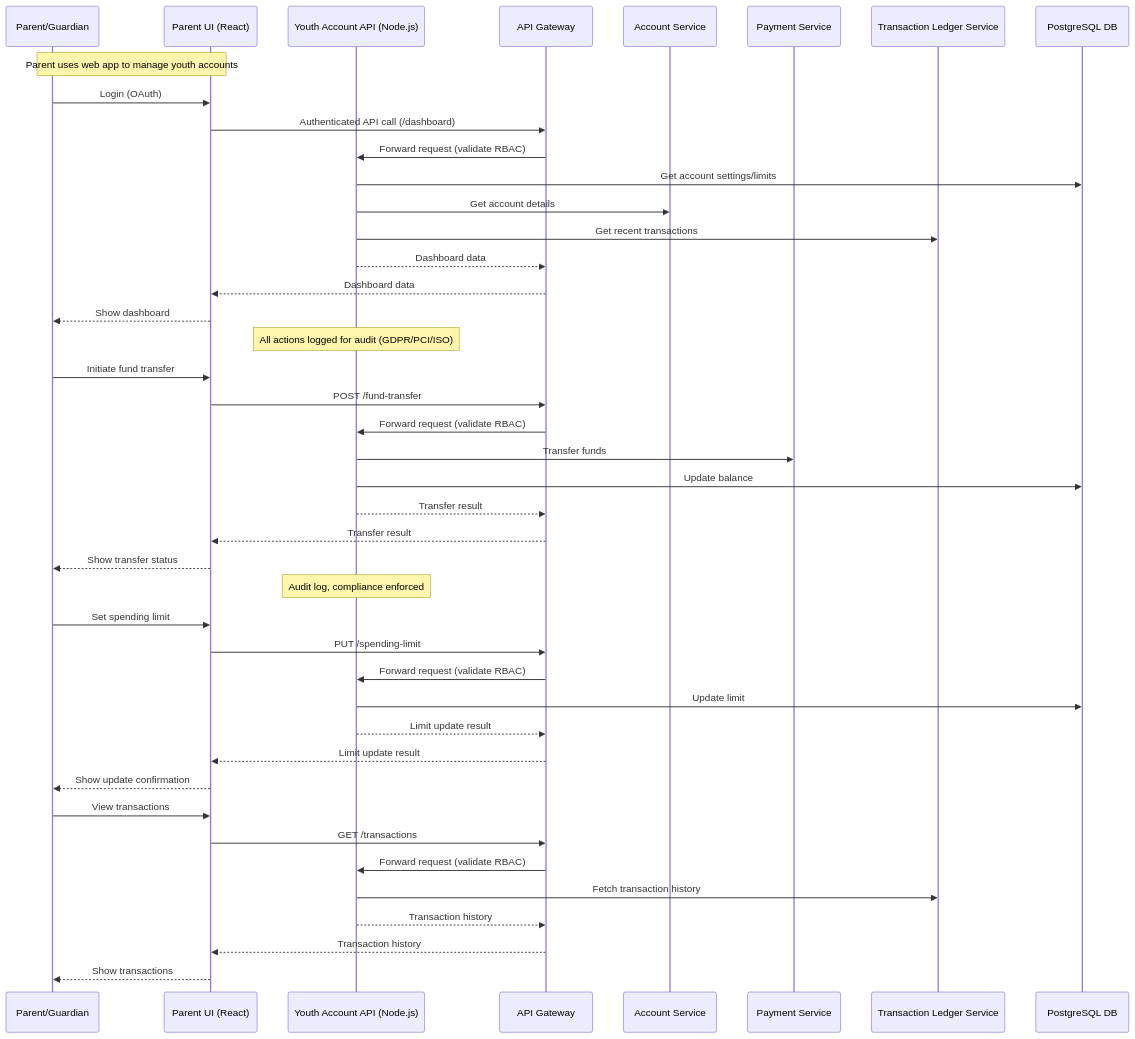
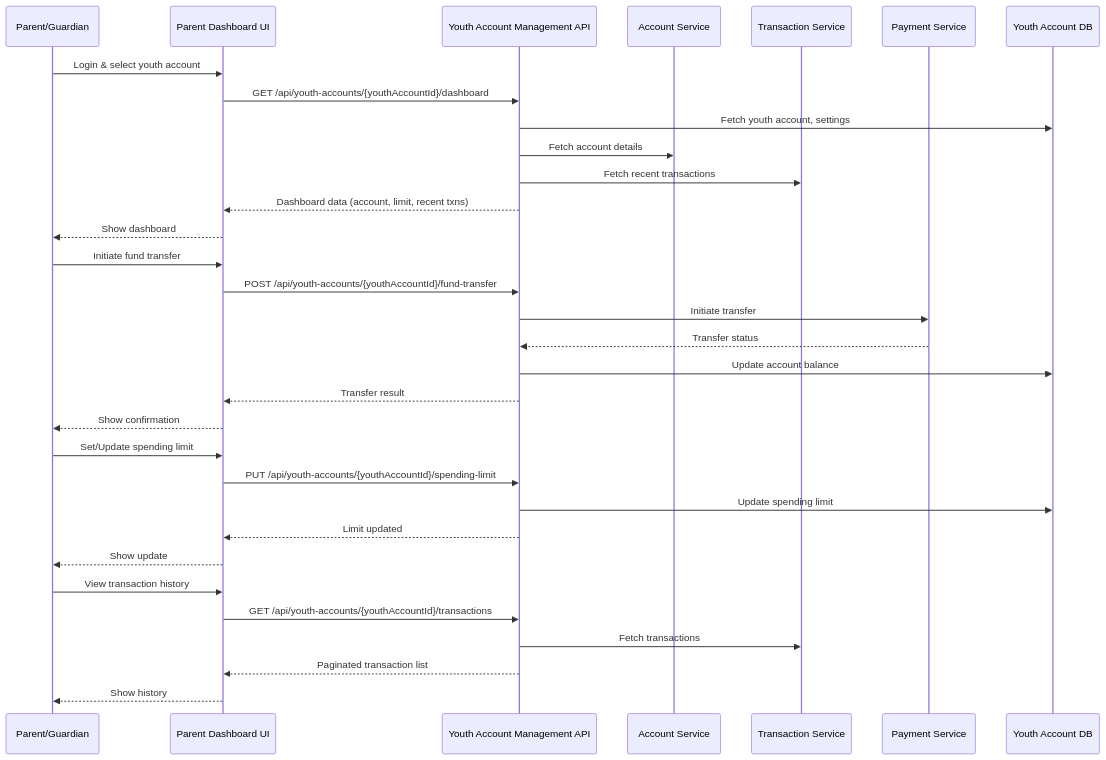
Before and after one commit to Ascend-Krithi/SCIB-Inception: the diagram in Components and Sequence Diagrams/sequence_diagram.mmd, drawn with Mermaid. The commit also changed 1 other file, not shown here.

```diff
--- a/Components and Sequence Diagrams/sequence_diagram.mmd
+++ b/Components and Sequence Diagrams/sequence_diagram.mmd
@@ -1,48 +1,41 @@
-%% Sequence Diagram: Youth Account Management - API Flows
+%% Sequence Diagram for Youth Account Management (Mermaid)
 sequenceDiagram
-  participant Parent as Parent/Guardian
-  participant UI as Parent UI (React)
-  participant API as Youth Account API (Node.js)
-  participant GW as API Gateway
-  participant ACC as Account Service
-  participant PAY as Payment Service
-  participant LEDGER as Transaction Ledger Service
-  participant DB as PostgreSQL DB
-  Note over Parent,UI: Parent uses web app to manage youth accounts
-
-  Parent->>UI: Login (OAuth)
-  UI->>GW: Authenticated API call (/dashboard)
-  GW->>API: Forward request (validate RBAC)
-  API->>DB: Get account settings/limits
-  API->>ACC: Get account details
-  API->>LEDGER: Get recent transactions
-  API-->>GW: Dashboard data
-  GW-->>UI: Dashboard data
-  UI-->>Parent: Show dashboard
-  Note over API: All actions logged for audit (GDPR/PCI/ISO)
-
-  Parent->>UI: Initiate fund transfer
-  UI->>GW: POST /fund-transfer
-  GW->>API: Forward request (validate RBAC)
-  API->>PAY: Transfer funds
-  API->>DB: Update balance
-  API-->>GW: Transfer result
-  GW-->>UI: Transfer result
-  UI-->>Parent: Show transfer status
-  Note over API: Audit log, compliance enforced
-
-  Parent->>UI: Set spending limit
-  UI->>GW: PUT /spending-limit
-  GW->>API: Forward request (validate RBAC)
-  API->>DB: Update limit
-  API-->>GW: Limit update result
-  GW-->>UI: Limit update result
-  UI-->>Parent: Show update confirmation
-
-  Parent->>UI: View transactions
-  UI->>GW: GET /transactions
-  GW->>API: Forward request (validate RBAC)
-  API->>LEDGER: Fetch transaction history
-  API-->>GW: Transaction history
-  GW-->>UI: Transaction history
-  UI-->>Parent: Show transactions
+    participant Parent as Parent/Guardian
+    participant UI as Parent Dashboard UI
+    participant API as Youth Account Management API
+    participant AccountService as Account Service
+    participant TransactionService as Transaction Service
+    participant PaymentService as Payment Service
+    participant DB as Youth Account DB
+    
+    %% Dashboard View
+    Parent->>UI: Login & select youth account
+    UI->>API: GET /api/youth-accounts/{youthAccountId}/dashboard
+    API->>DB: Fetch youth account, settings
+    API->>AccountService: Fetch account details
+    API->>TransactionService: Fetch recent transactions
+    API-->>UI: Dashboard data (account, limit, recent txns)
+    UI-->>Parent: Show dashboard
+    
+    %% Fund Transfer
+    Parent->>UI: Initiate fund transfer
+    UI->>API: POST /api/youth-accounts/{youthAccountId}/fund-transfer
+    API->>PaymentService: Initiate transfer
+    PaymentService-->>API: Transfer status
+    API->>DB: Update account balance
+    API-->>UI: Transfer result
+    UI-->>Parent: Show confirmation
+    
+    %% Spending Limit Configuration
+    Parent->>UI: Set/Update spending limit
+    UI->>API: PUT /api/youth-accounts/{youthAccountId}/spending-limit
+    API->>DB: Update spending limit
+    API-->>UI: Limit updated
+    UI-->>Parent: Show update
+    
+    %% Transaction History
+    Parent->>UI: View transaction history
+    UI->>API: GET /api/youth-accounts/{youthAccountId}/transactions
+    API->>TransactionService: Fetch transactions
+    API-->>UI: Paginated transaction list
+    UI-->>Parent: Show history
```
